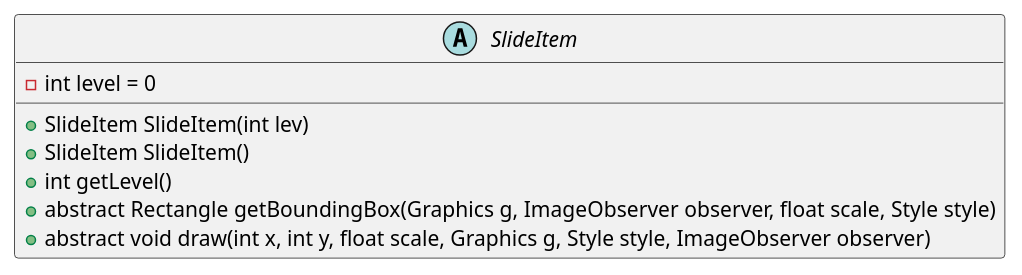
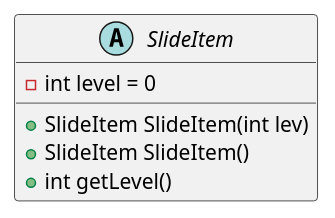
One commit to kvojps/estudo-uml changed the diagram in jabberPoint/diagramaClasses/SlideItem.puml. Above: the diagram before and after it, drawn with PlantUML. The commit also changed 6 other files, not shown here.

```diff
--- a/jabberPoint/diagramaClasses/SlideItem.puml
+++ b/jabberPoint/diagramaClasses/SlideItem.puml
@@ -1,10 +1,8 @@
 @startuml slide item 
     abstract class SlideItem{
         - int level = 0
         + SlideItem SlideItem(int lev)
         + SlideItem SlideItem()
         + int getLevel()
-        + abstract Rectangle getBoundingBox(Graphics g, ImageObserver observer, float scale, Style style)
-        + abstract void draw(int x, int y, float scale, Graphics g, Style style, ImageObserver observer)
     }
 @enduml
```
